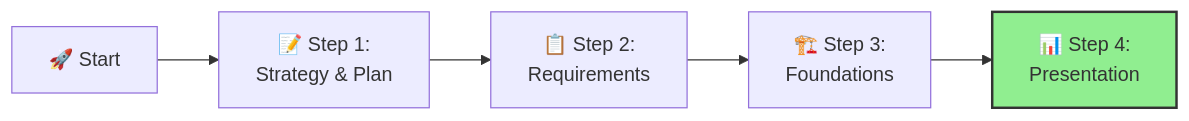
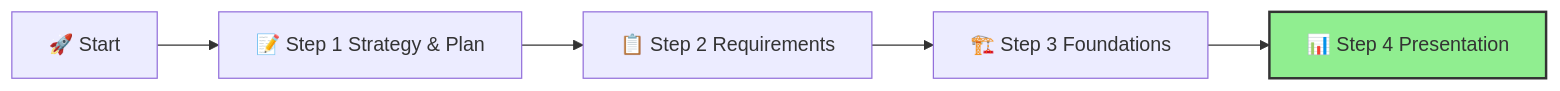
One commit to briandenicola/xlr8-e2eaisolutions changed the diagram in docs/01-aiready/ifs-ready-step4-present.md. Above: the diagram before and after it, drawn with Mermaid. The commit also changed other lines of this file and 17 other files, not shown here.

````diff
--- a/docs/01-aiready/ifs-ready-step4-present.md
+++ b/docs/01-aiready/ifs-ready-step4-present.md
@@ -20,8 +24,8 @@
 ```mermaid
 flowchart LR
-    A[🚀 Start] --> B[📝 Step 1:\nStrategy & Plan]
-    B --> C[📋 Step 2:\nRequirements]
-    C --> D[🏗️ Step 3:\nFoundations]
-    D --> E[📊 Step 4:\nPresentation]
+    A[🚀 Start] --> B[📝 Step 1 Strategy & Plan]
+    B --> C[📋 Step 2 Requirements]
+    C --> D[🏗️ Step 3 Foundations]
+    D --> E[📊 Step 4 Presentation]
     style E fill:#90EE90,stroke:#333,stroke-width:2px
 ```
````
